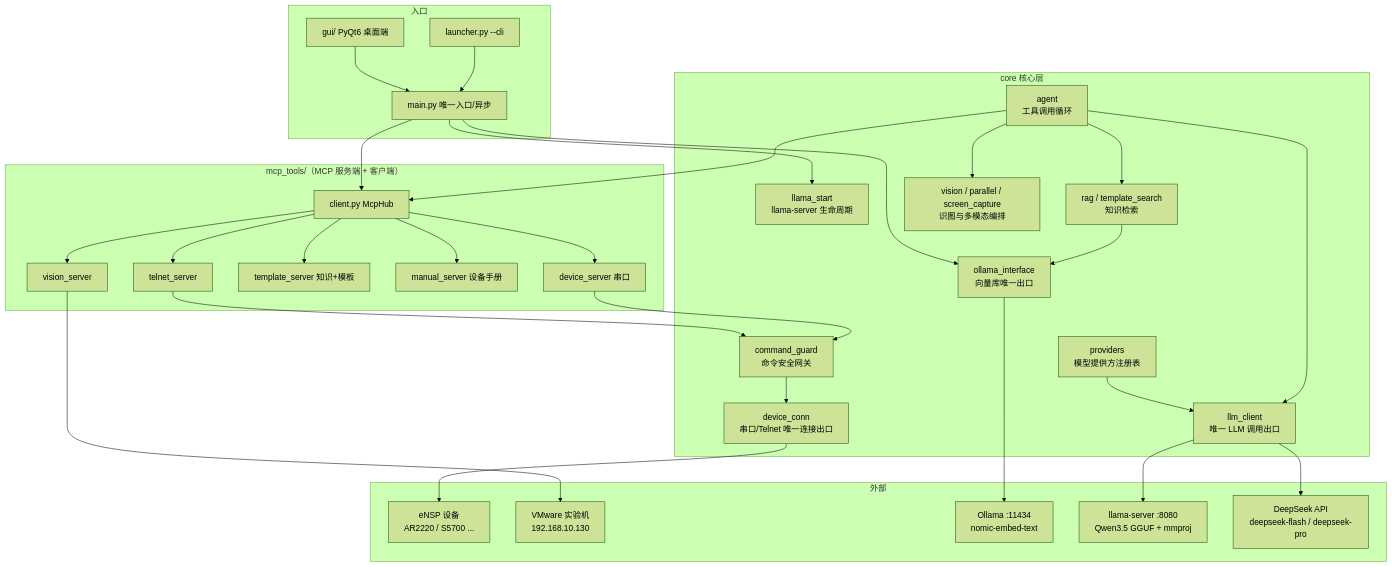
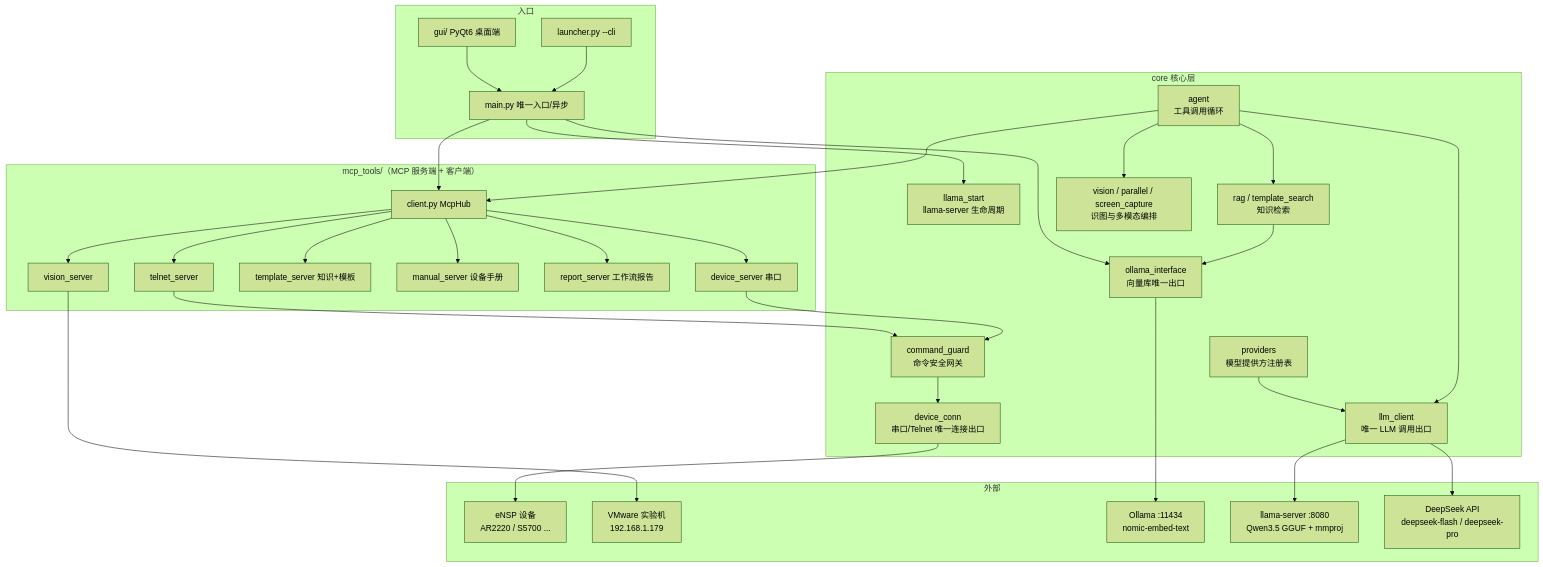
The first of 2 diagrams in docs/architecture.md (yixixiawa/networkclaw), drawn with Mermaid (forest theme) before and after one commit. The commit also changed other lines of this file and 111 other files, not shown here.

````diff
--- a/docs/architecture.md
+++ b/docs/architecture.md
@@ -9,47 +9,48 @@
 ```mermaid
 flowchart TB
     subgraph 入口
         MAIN[main.py 唯一入口/异步]
         GUI[gui/ PyQt6 桌面端]
         CLI[launcher.py --cli]
     end
 
     subgraph core 核心层
         LS[llama_start<br/>llama-server 生命周期]
         LC[llm_client<br/>唯一 LLM 调用出口]
         PR[providers<br/>模型提供方注册表]
         AG[agent<br/>工具调用循环]
         RAG[rag / template_search<br/>知识检索]
         OI[ollama_interface<br/>向量库唯一出口]
         VIS[vision / parallel / screen_capture<br/>识图与多模态编排]
         DG[command_guard<br/>命令安全网关]
         DC[device_conn<br/>串口/Telnet 唯一连接出口]
     end
 
     subgraph mcp_tools["mcp_tools/（MCP 服务端 + 客户端）"]
         HUB[client.py McpHub]
         TS[telnet_server]
         DS[device_server 串口]
         TPL[template_server 知识+模板]
         MAN[manual_server 设备手册]
+        RPT[report_server 工作流报告]
         VS[vision_server]
     end
 
     subgraph 外部
         DEV[eNSP 设备<br/>AR2220 / S5700 ...]
-        VM[VMware 实验机<br/>192.168.10.130]
+        VM[VMware 实验机<br/>192.168.1.179]
         OLL[Ollama :11434<br/>nomic-embed-text]
         LLS[llama-server :8080<br/>Qwen3.5 GGUF + mmproj]
         DS2[DeepSeek API<br/>deepseek-flash / deepseek-pro]
     end
 
     MAIN --> LS & OI & HUB
     GUI & CLI --> MAIN
     PR --> LC
     LC --> LLS & DS2
     AG --> LC & HUB & RAG & VIS
     RAG --> OI --> OLL
-    HUB --> TS & DS & TPL & MAN & VS
+    HUB --> TS & DS & TPL & MAN & RPT & VS
     TS & DS --> DG --> DC --> DEV
     VS --> VM
 ```
````
